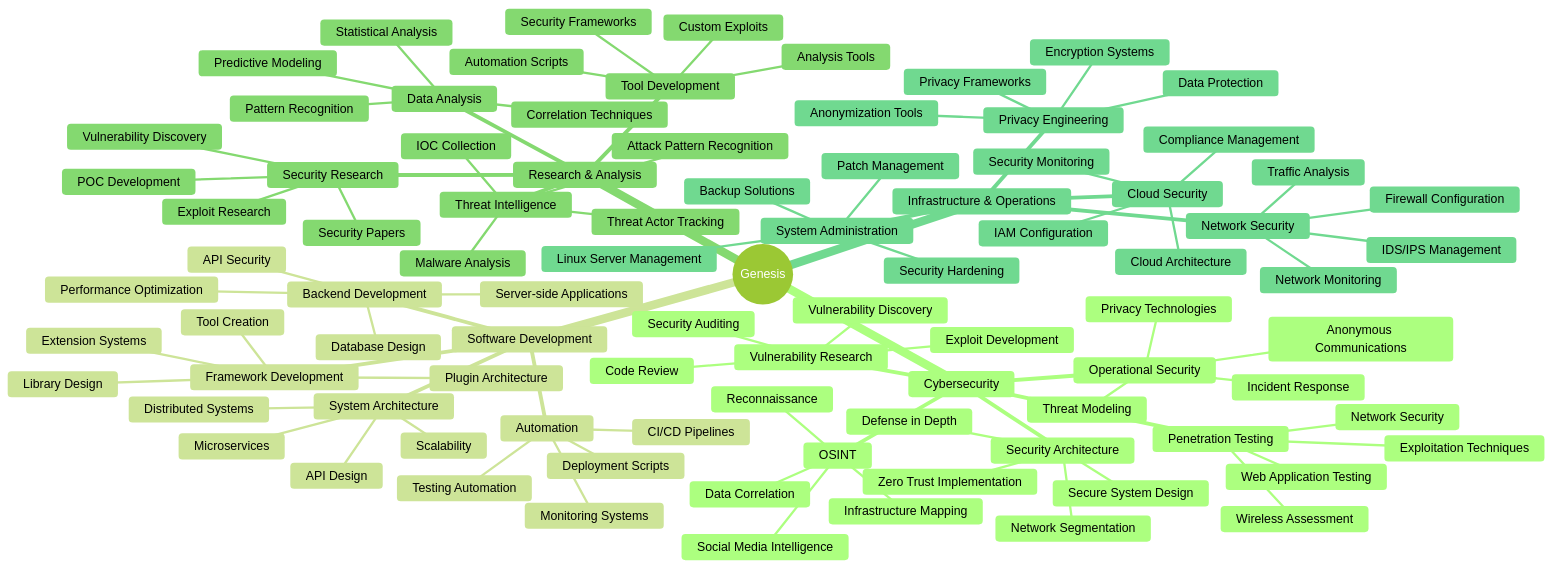
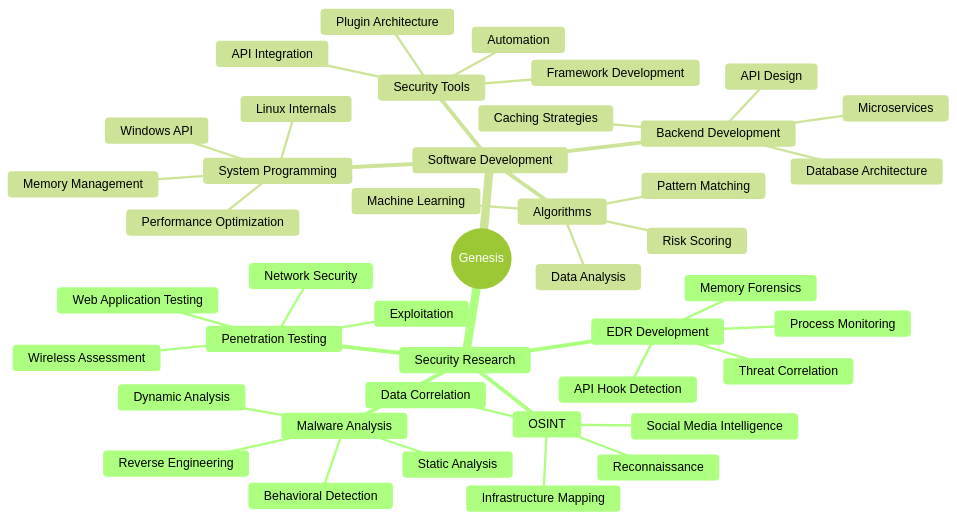
Before and after one commit to genesisgzdev/genesisgzdev: the diagram in README.md, drawn with Mermaid (forest theme). The commit also changed other lines of this file, not shown here.

````diff
--- a/README.md
+++ b/README.md
@@ -387,7 +847,7 @@
 ```mermaid
 mindmap
   root((Genesis))
-    Cybersecurity
+    Security Research
       OSINT
         Reconnaissance
         Social Media Intelligence
@@ -397,83 +857,36 @@
         Web Application Testing
         Network Security
         Wireless Assessment
-        Exploitation Techniques
-      Security Architecture
-        Secure System Design
-        Defense in Depth
-        Zero Trust Implementation
-        Network Segmentation
-      Operational Security
-        Privacy Technologies
-        Anonymous Communications
-        Threat Modeling
-        Incident Response
-      Vulnerability Research
-        Vulnerability Discovery
-        Exploit Development
-        Security Auditing
-        Code Review
+        Exploitation
+      Malware Analysis
+        Static Analysis
+        Dynamic Analysis
+        Behavioral Detection
+        Reverse Engineering
+      EDR Development
+        Process Monitoring
+        API Hook Detection
+        Memory Forensics
+        Threat Correlation
     Software Development
-      System Architecture
+      System Programming
+        Windows API
+        Linux Internals
+        Memory Management
+        Performance Optimization
+      Security Tools
+        Framework Development
+        Plugin Architecture
+        API Integration
+        Automation
+      Backend Development
+        API Design
+        Database Architecture
+        Caching Strategies
         Microservices
-        API Design
-        Distributed Systems
-        Scalability
-      Backend Development
-        Server-side Applications
-        Database Design
-        API Security
-        Performance Optimization
-      Framework Development
-        Tool Creation
-        Library Design
-        Plugin Architecture
-        Extension Systems
-      Automation
-        CI/CD Pipelines
-        Testing Automation
-        Deployment Scripts
-        Monitoring Systems
-    Research & Analysis
-      Threat Intelligence
-        Threat Actor Tracking
-        Malware Analysis
-        Attack Pattern Recognition
-        IOC Collection
-      Data Analysis
-        Pattern Recognition
-        Correlation Techniques
-        Statistical Analysis
-        Predictive Modeling
-      Tool Development
-        Security Frameworks
-        Analysis Tools
-        Automation Scripts
-        Custom Exploits
-      Security Research
-        Vulnerability Discovery
-        Exploit Research
-        Security Papers
-        POC Development
-    Infrastructure & Operations
-      Network Security
-        Firewall Configuration
-        IDS/IPS Management
-        Network Monitoring
-        Traffic Analysis
-      System Administration
-        Linux Server Management
-        Security Hardening
-        Patch Management
-        Backup Solutions
-      Cloud Security
-        Cloud Architecture
-        IAM Configuration
-        Security Monitoring
-        Compliance Management
-      Privacy Engineering
-        Encryption Systems
-        Anonymization Tools
-        Privacy Frameworks
-        Data Protection
+      Algorithms
+        Pattern Matching
+        Risk Scoring
+        Data Analysis
+        Machine Learning
 ```
````
